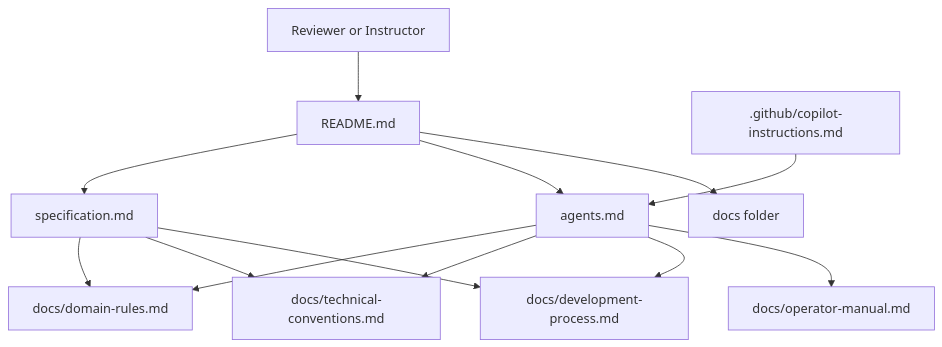
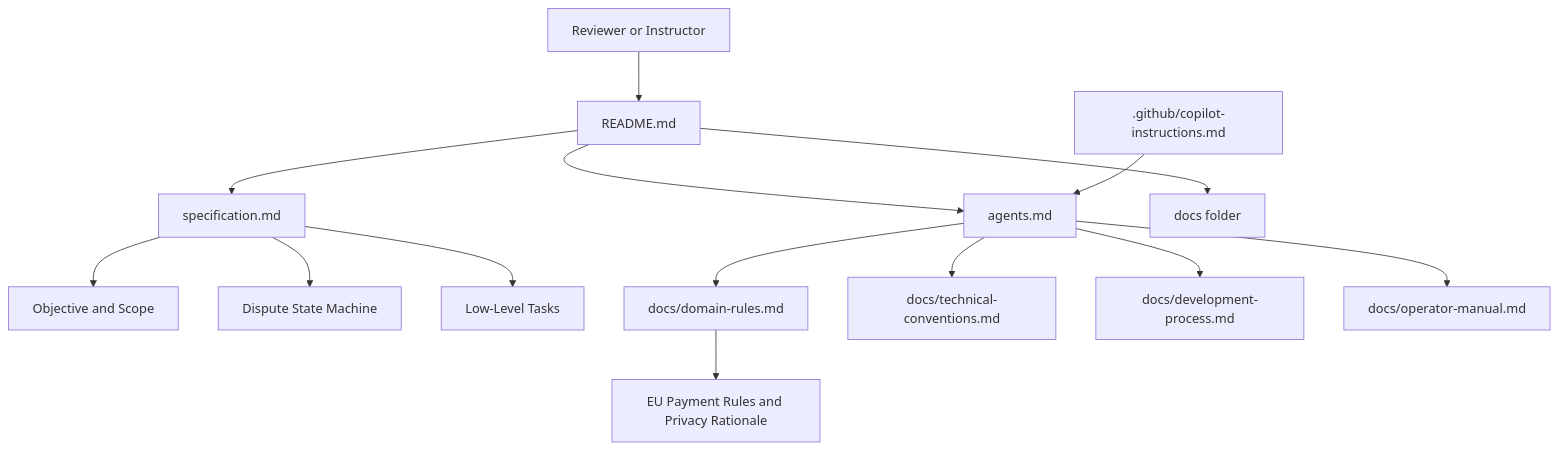
Before and after one commit to itxyzzz/gen-ai-se-hw: the diagram in homework-3/README.md, drawn with Mermaid. The commit also changed other lines of this file and 8 other files, not shown here.

````diff
--- a/homework-3/README.md
+++ b/homework-3/README.md
@@ -15,15 +15,16 @@
 ```mermaid
 flowchart TB
     Reviewer[Reviewer or Instructor] --> Readme[README.md]
     Readme --> Spec[specification.md]
+    Spec --> Objective[Objective and Scope]
+    Spec --> States[Dispute State Machine]
+    Spec --> Tasks[Low-Level Tasks]
     Readme --> Agents[agents.md]
     Readme --> Docs[docs folder]
     Agents --> Domain[docs/domain-rules.md]
     Agents --> Technical[docs/technical-conventions.md]
     Agents --> Process[docs/development-process.md]
     Agents --> Operator[docs/operator-manual.md]
     Copilot[.github/copilot-instructions.md] --> Agents
-    Spec --> Domain
-    Spec --> Technical
-    Spec --> Process
+    Domain --> Regs[EU Payment Rules and Privacy Rationale]
 ```
````
